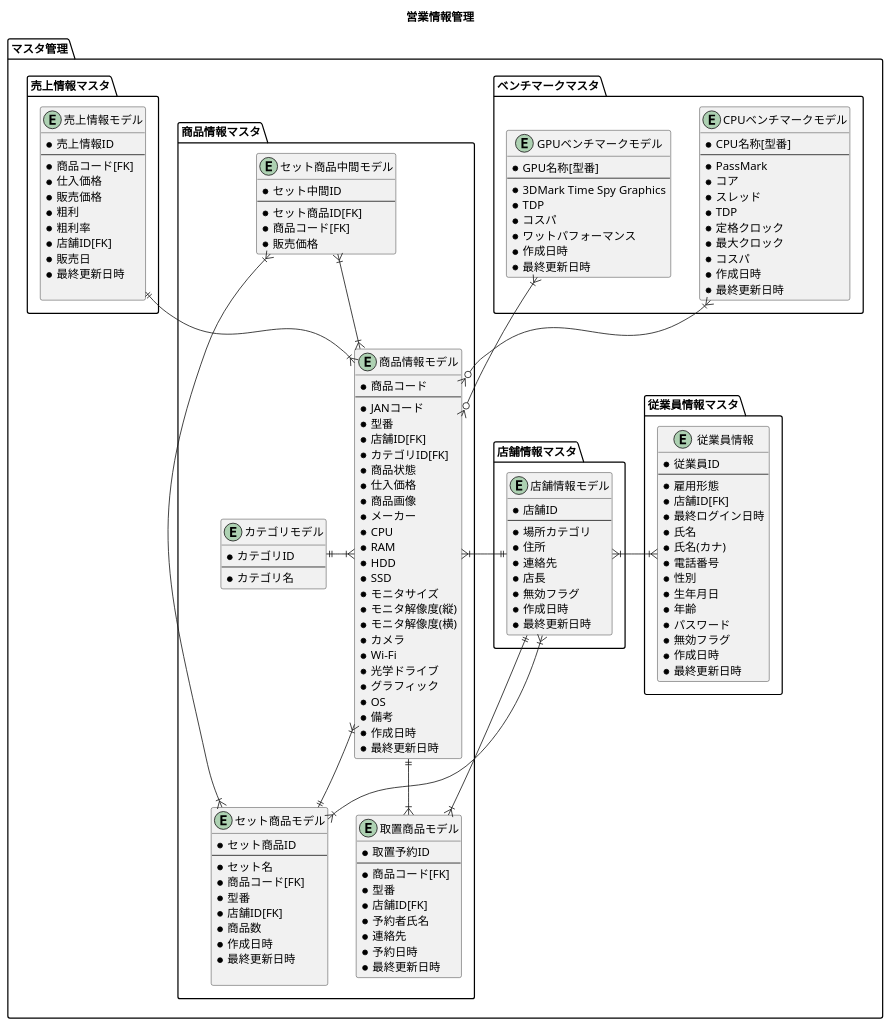
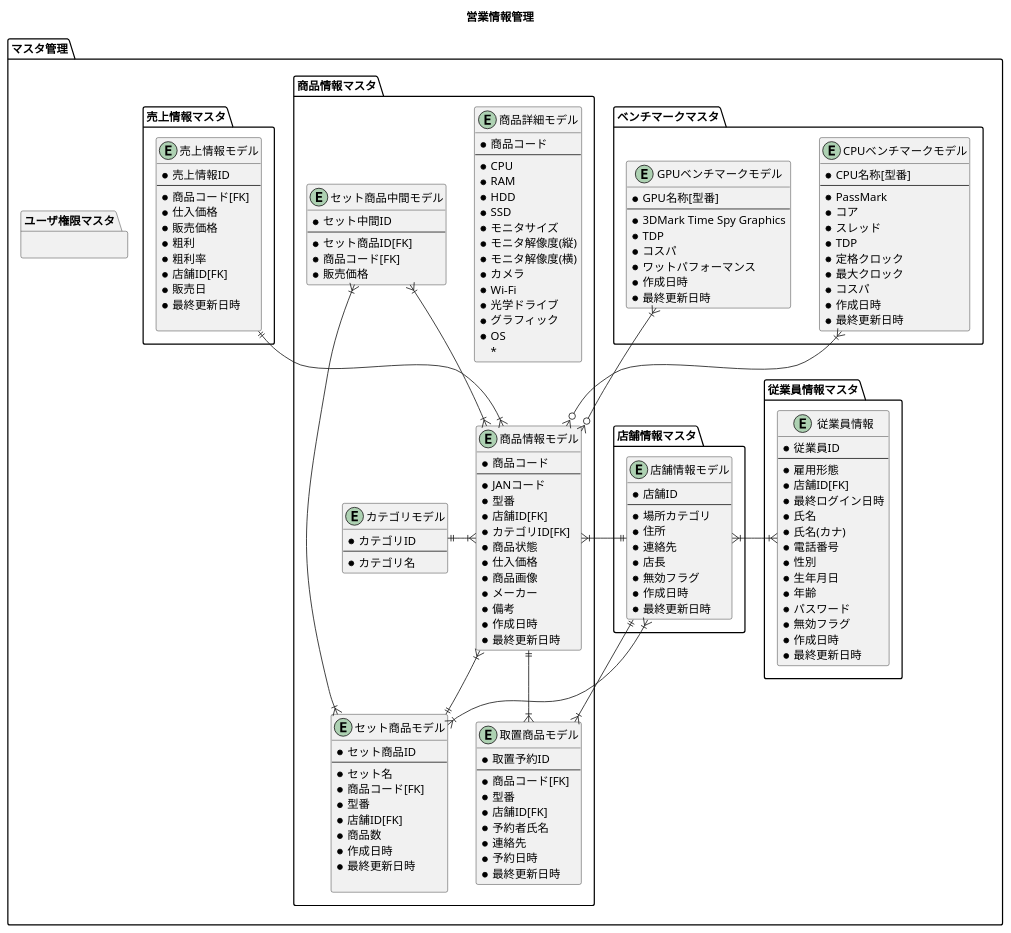
Before and after one commit to HaruShim/Sotuken: the diagram in 各種設計書/5クラス図/ER図.plantuml, drawn with PlantUML. The commit also changed 38 other files, not shown here.

```diff
--- a/各種設計書/5クラス図/ER図.plantuml
+++ b/各種設計書/5クラス図/ER図.plantuml
@@ -43,12 +43,8 @@
       *最終更新日時
     }
   }
-  ' package "ユーザ権限マスタ"{
-  '   ' entity "権限情報" as M05{
-  '   '   *雇用形態
-  '   '   --
-  '   ' }
-  ' }
+  package "ユーザ権限マスタ"{
+  }
   package "商品情報マスタ"{
     entity "商品情報モデル" as M01 {
       *商品コード
@@ -63,6 +59,13 @@
       *仕入価格
       *商品画像
       *メーカー
+      *備考
+      *作成日時
+      *最終更新日時
+    }
+    entity "商品詳細モデル" as M100000{
+      *商品コード
+      --
       *CPU
       *RAM
       *HDD
@@ -78,9 +81,7 @@
       ' 0:無 1:有
       *グラフィック
       *OS
-      *備考
-      *作成日時
-      *最終更新日時
+      *
     }
 
     entity "セット商品モデル" as M14{
```
